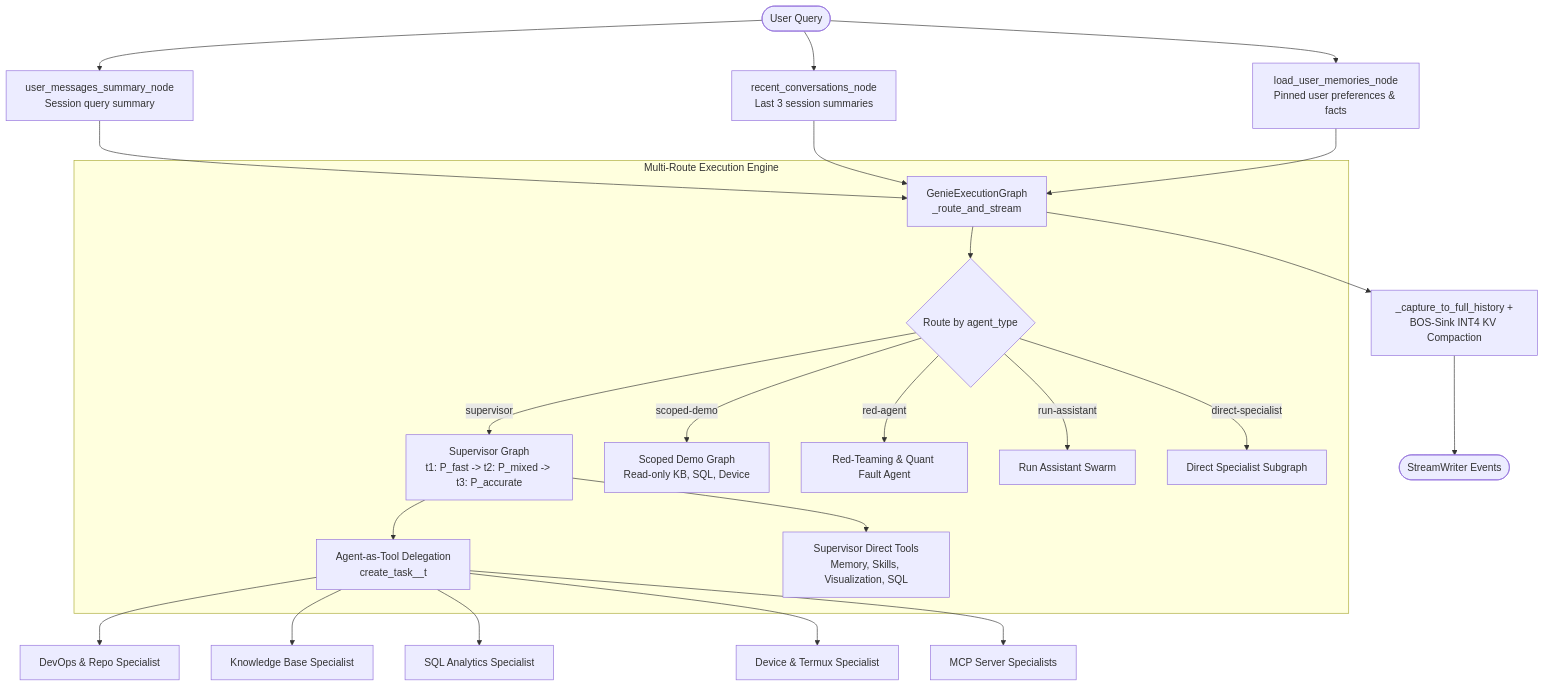
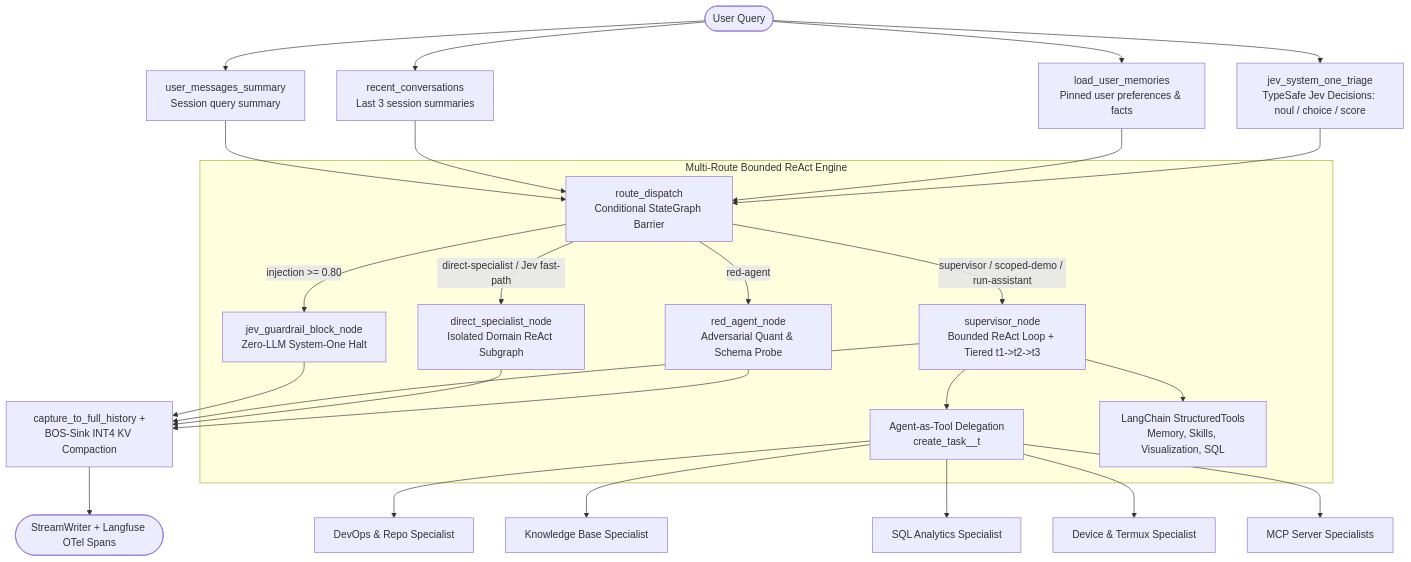
One commit to iamqazolp/pocket-genie changed the diagram in docs/ARCHITECTURE.md. Above: the diagram before and after it, drawn with Mermaid. The commit also changed other lines of this file and 11 other files, not shown here.

````diff
--- a/docs/ARCHITECTURE.md
+++ b/docs/ARCHITECTURE.md
@@ -11,31 +15,34 @@
 ```mermaid
 flowchart TD
-    START([User Query]) --> PreSummary[user_messages_summary_node\nSession query summary]
-    START --> PreRecents[recent_conversations_node\nLast 3 session summaries]
-    START --> PreMemory[load_user_memories_node\nPinned user preferences & facts]
+    START([User Query]) --> PreSummary[user_messages_summary\nSession query summary]
+    START --> PreRecents[recent_conversations\nLast 3 session summaries]
+    START --> PreMemory[load_user_memories\nPinned user preferences & facts]
+    START --> PreJev[jev_system_one_triage\nTypeSafe Jev Decisions: noul / choice / score]
 
-    PreSummary --> Core[GenieExecutionGraph\n_route_and_stream]
-    PreRecents --> Core
-    PreMemory --> Core
+    PreSummary --> Dispatch[route_dispatch\nConditional StateGraph Barrier]
+    PreRecents --> Dispatch
+    PreMemory --> Dispatch
+    PreJev --> Dispatch
 
-    subgraph CoreEngine [Multi-Route Execution Engine]
-        Core --> Router{Route by agent_type}
-        Router -->|supervisor| SupTiers[Supervisor Graph\nt1: P_fast -> t2: P_mixed -> t3: P_accurate]
-        Router -->|scoped-demo| ScopedGraph[Scoped Demo Graph\nRead-only KB, SQL, Device]
-        Router -->|red-agent| RedAgent[Red-Teaming & Quant Fault Agent]
-        Router -->|run-assistant| RunAssistant[Run Assistant Swarm]
-        Router -->|direct-specialist| DirectGraph[Direct Specialist Subgraph]
+    subgraph CoreEngine [Multi-Route Bounded ReAct Engine]
+        Dispatch -->|injection >= 0.80| JevBlock[jev_guardrail_block_node\nZero-LLM System-One Halt]
+        Dispatch -->|supervisor / scoped-demo / run-assistant| SupNode[supervisor_node\nBounded ReAct Loop + Tiered t1->t2->t3]
+        Dispatch -->|direct-specialist / Jev fast-path| DirectNode[direct_specialist_node\nIsolated Domain ReAct Subgraph]
+        Dispatch -->|red-agent| RedNode[red_agent_node\nAdversarial Quant & Schema Probe]
 
-        SupTiers --> DelegatedTools[Agent-as-Tool Delegation\ncreate_task_<specialist>_t<tier>]
-        SupTiers --> DirectTools[Supervisor Direct Tools\nMemory, Skills, Visualization, SQL]
+        SupNode --> DelegatedTools[Agent-as-Tool Delegation\ncreate_task_<specialist>_t<tier>]
+        SupNode --> DirectTools[LangChain StructuredTools\nMemory, Skills, Visualization, SQL]
     end
 
     DelegatedTools --> DevOps[DevOps & Repo Specialist]
     DelegatedTools --> KB[Knowledge Base Specialist]
     DelegatedTools --> SQL[SQL Analytics Specialist]
     DelegatedTools --> Device[Device & Termux Specialist]
     DelegatedTools --> MCP[MCP Server Specialists]
 
-    Core --> History[_capture_to_full_history +\nBOS-Sink INT4 KV Compaction]
-    History --> END([StreamWriter Events])
+    JevBlock --> History[capture_to_full_history +\nBOS-Sink INT4 KV Compaction]
+    SupNode --> History
+    DirectNode --> History
+    RedNode --> History
+    History --> END([StreamWriter + Langfuse OTel Spans])
 ```
````
